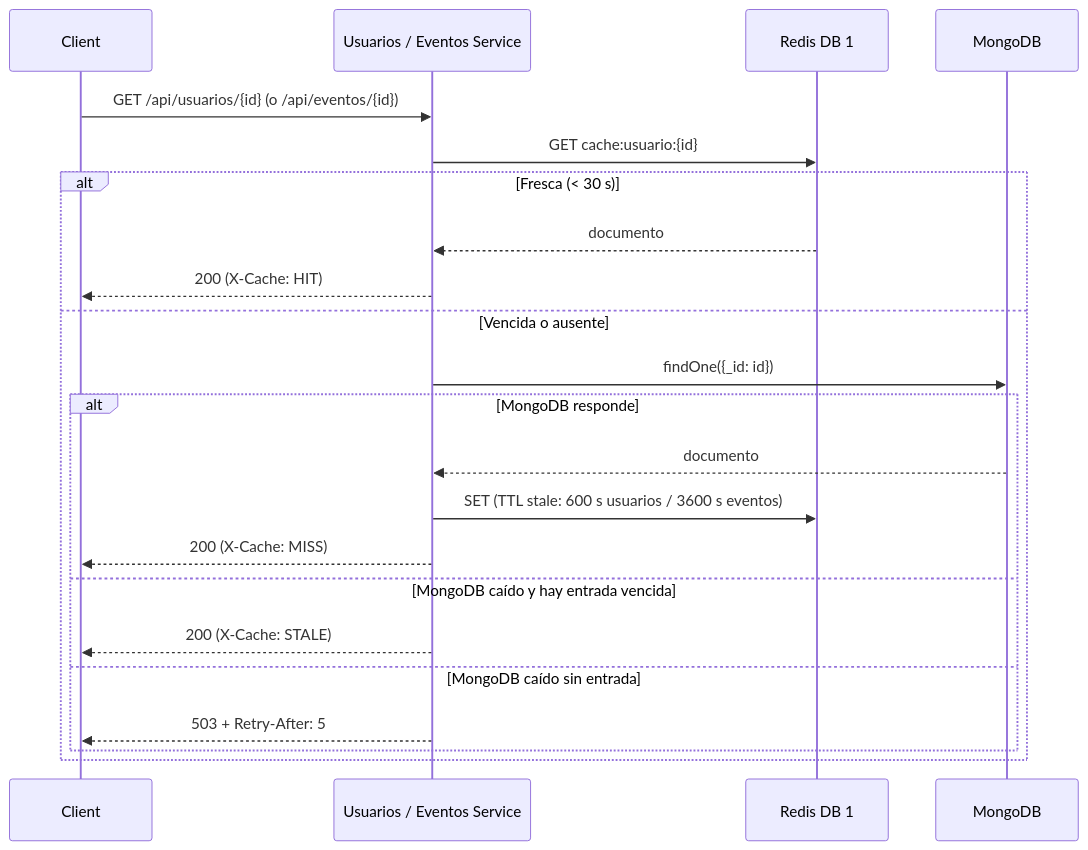
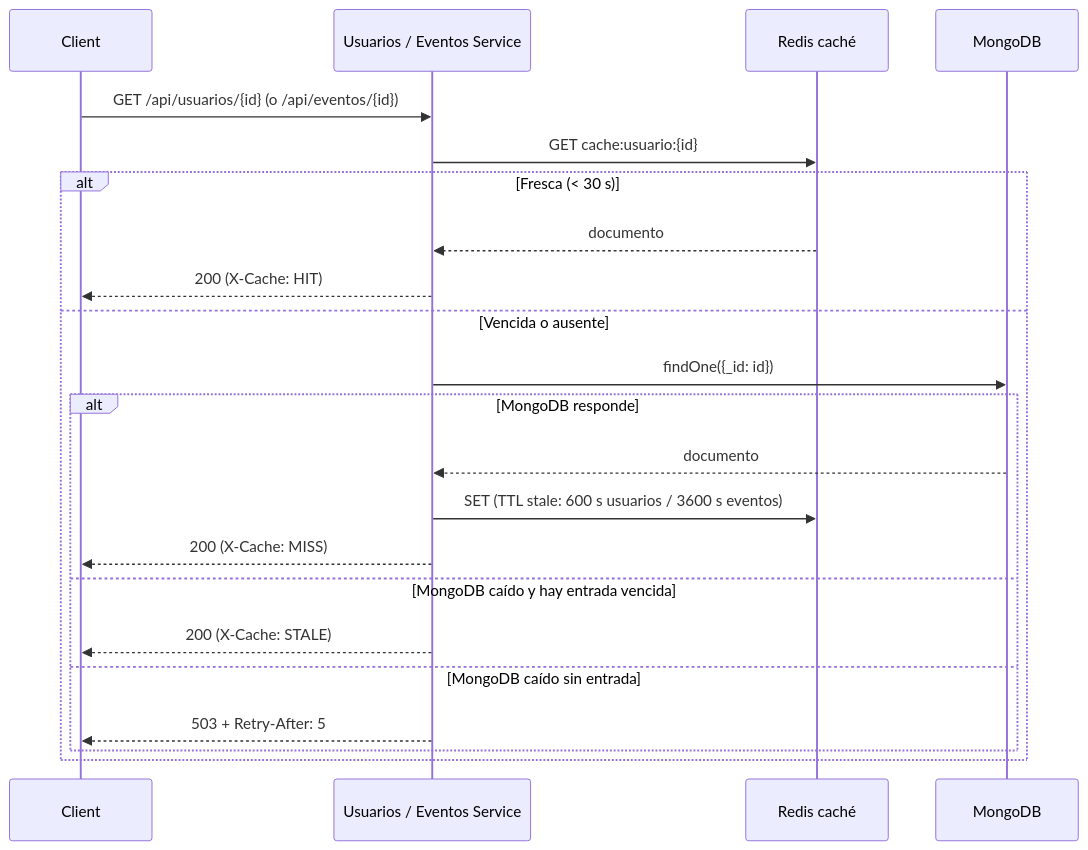
The second of 3 diagrams in TAREA 2/brain/architecture/data-flow.md (fmq203/FQ-NoSQL-2026), drawn with Mermaid before and after one commit. The commit also changed 29 other files, not shown here.

First line of the commit message:
Separar Redis en dos instancias: redis (pagos) y redis-cache (lecturas)

````diff
--- a/TAREA 2/brain/architecture/data-flow.md
+++ b/TAREA 2/brain/architecture/data-flow.md
@@ -72,25 +72,25 @@
 ```mermaid
 sequenceDiagram
     participant Client
     participant S as Usuarios / Eventos Service
-    participant Cache as Redis DB 1
+    participant Cache as Redis caché
     participant MongoDB
 
     Client->>S: GET /api/usuarios/{id} (o /api/eventos/{id})
     S->>Cache: GET cache:usuario:{id}
     alt Fresca (< 30 s)
         Cache-->>S: documento
         S-->>Client: 200 (X-Cache: HIT)
     else Vencida o ausente
         S->>MongoDB: findOne({_id: id})
         alt MongoDB responde
             MongoDB-->>S: documento
             S->>Cache: SET (TTL stale: 600 s usuarios / 3600 s eventos)
             S-->>Client: 200 (X-Cache: MISS)
         else MongoDB caído y hay entrada vencida
             S-->>Client: 200 (X-Cache: STALE)
         else MongoDB caído sin entrada
             S-->>Client: 503 + Retry-After: 5
         end
     end
 ```
````
